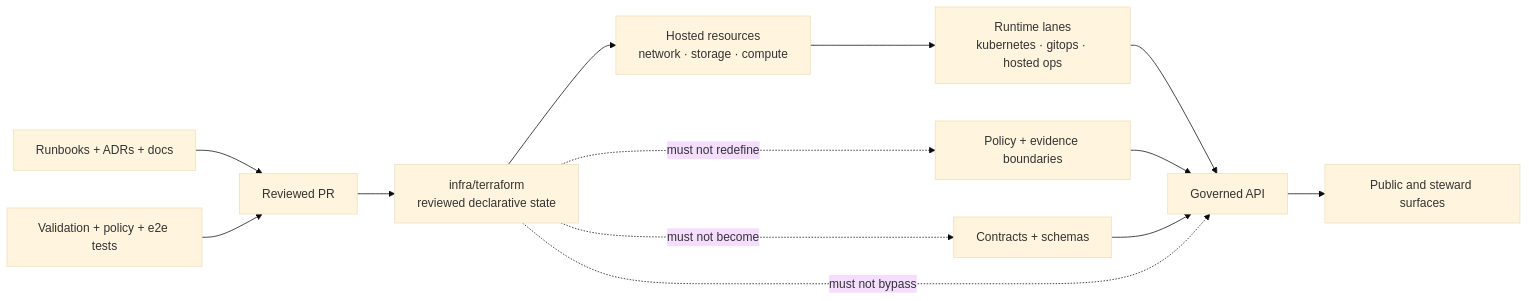
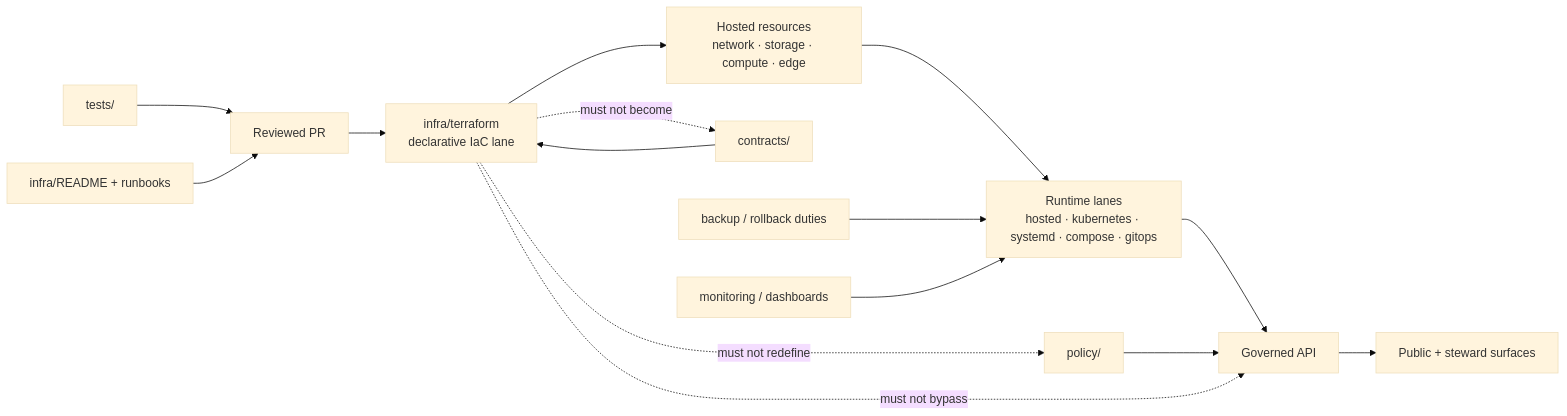
The diagram in infra/terraform/README.md (bartytime4life/Kansas-Frontier-Matrix), drawn with Mermaid (base theme) before and after one commit. The commit also changed other lines of this file, not shown here.

````diff
--- a/infra/terraform/README.md
+++ b/infra/terraform/README.md
@@ -231,17 +287,19 @@
 ```mermaid
 flowchart LR
-    PR[Reviewed PR] --> TF[infra/terraform<br/>reviewed declarative state]
-    TF --> HOSTED[Hosted resources<br/>network · storage · compute]
-    HOSTED --> RUNTIME[Runtime lanes<br/>kubernetes · gitops · hosted ops]
+    PR[Reviewed PR] --> TF[infra/terraform<br/>declarative IaC lane]
+    TF --> HOSTED[Hosted resources<br/>network · storage · compute · edge]
+    HOSTED --> RUNTIME[Runtime lanes<br/>hosted · kubernetes · systemd · compose · gitops]
     RUNTIME --> API[Governed API]
-    API --> SURFACES[Public and steward surfaces]
+    API --> SURFACES[Public + steward surfaces]
 
-    POLICY[Policy + evidence boundaries] --> API
-    CONTRACTS[Contracts + schemas] --> API
-    DOCS[Runbooks + ADRs + docs] --> PR
-    TESTS[Validation + policy + e2e tests] --> PR
+    CONTRACTS[contracts/] --> TF
+    POLICY[policy/] --> API
+    TESTS[tests/] --> PR
+    DOCS[infra/README + runbooks] --> PR
+    BACKUP[backup / rollback duties] --> RUNTIME
+    OBS[monitoring / dashboards] --> RUNTIME
 
     TF -. must not bypass .-> API
     TF -. must not redefine .-> POLICY
     TF -. must not become .-> CONTRACTS
 ```
````
